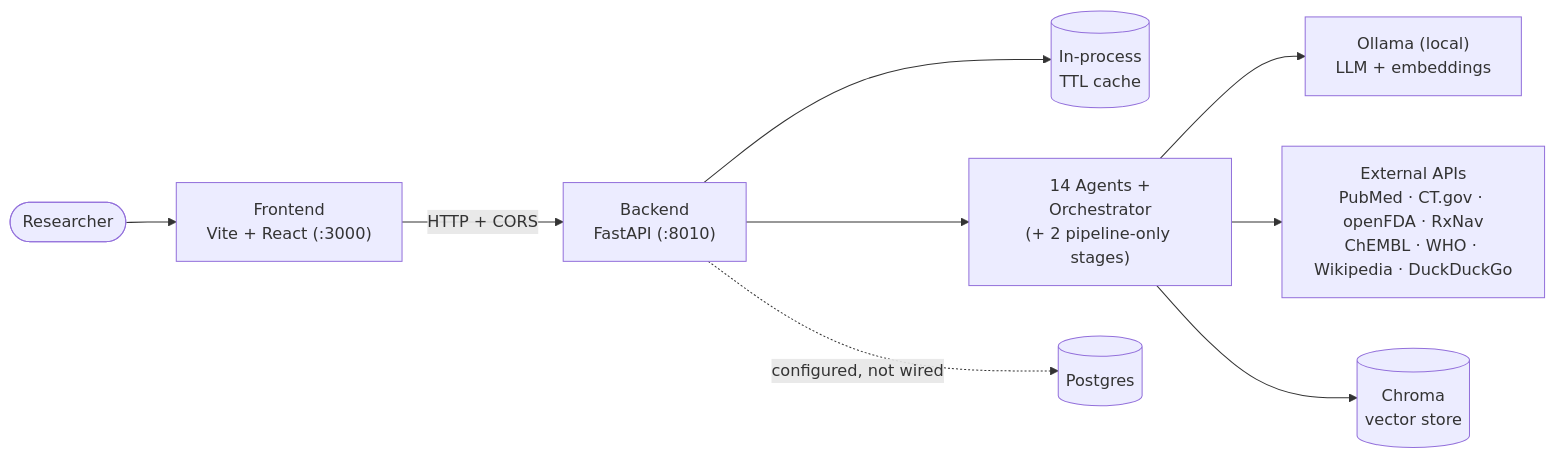
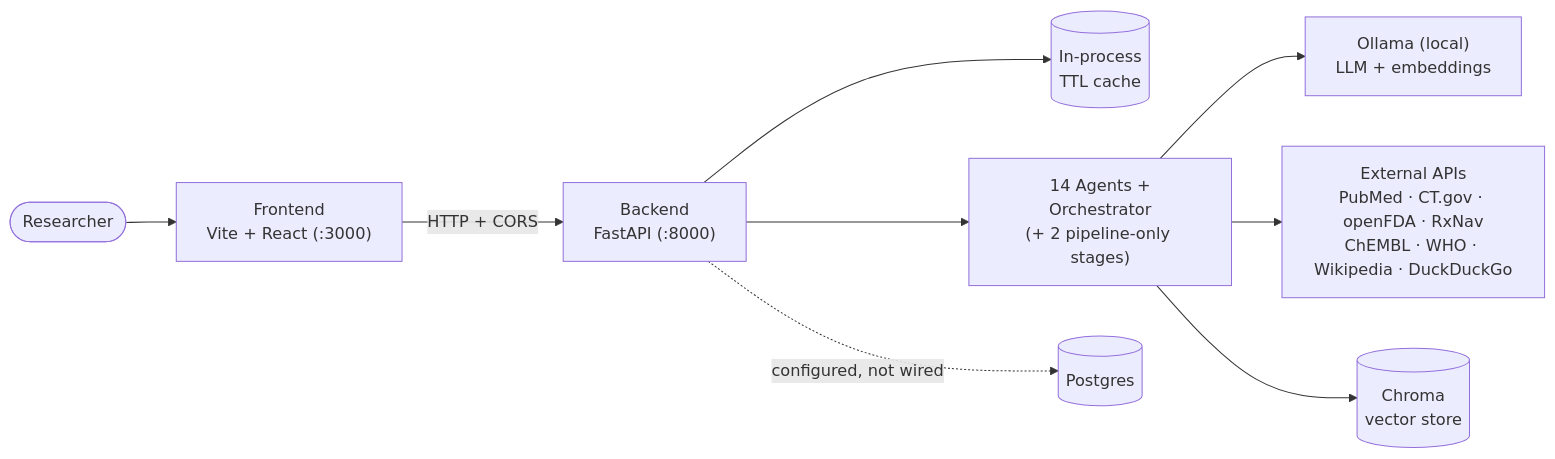
The first of 15 diagrams in ARCHITECTURE.md (SRIAIAC/AIMEDICALRESEARCHASSISTANT), drawn with Mermaid before and after one commit. The commit also changed 1 other file, not shown here.

Commit message:
Update README and architecture docs to match current implementation
README was stale (described 5 agents, missing document upload/RAG,
knowledge graph, and the live deployment); rewrote it to reflect the
14 agents + orchestrator actually built, and fixed a port inconsistency
in ARCHITECTURE.md's system diagram (:8010 -> :8000).

````diff
--- a/ARCHITECTURE.md
+++ b/ARCHITECTURE.md
@@ -20,11 +20,11 @@
 ```mermaid
 flowchart LR
     User([Researcher]) --> FE["Frontend\nVite + React (:3000)"]
-    FE -->|HTTP + CORS| BE["Backend\nFastAPI (:8010)"]
+    FE -->|HTTP + CORS| BE["Backend\nFastAPI (:8000)"]
     BE --> Cache[(In-process\nTTL cache)]
     BE --> Agents["14 Agents +\nOrchestrator\n(+ 2 pipeline-only stages)"]
     Agents --> Ollama["Ollama (local)\nLLM + embeddings"]
     Agents --> ExtAPIs["External APIs\nPubMed · CT.gov · openFDA · RxNav\nChEMBL · WHO · Wikipedia · DuckDuckGo"]
     Agents --> Chroma[(Chroma\nvector store)]
     BE -.configured, not wired.-> Postgres[(Postgres)]
 ```
````
